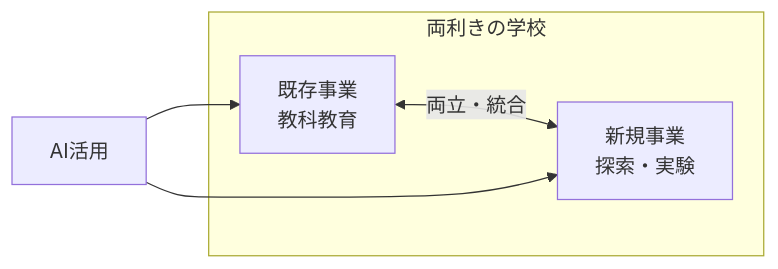
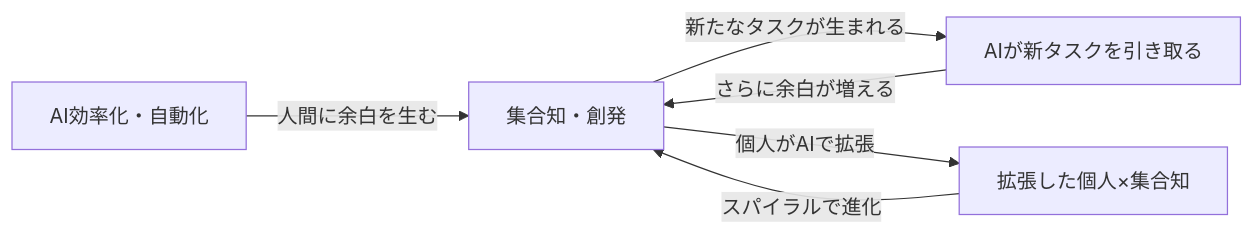
The second of 2 diagrams in 第3回_かえつ有明AI研修.md (VOMOYA/kaetsu-ai-kenshu), drawn with Mermaid before and after one commit. The commit also changed other lines of this file, not shown here.

````diff
--- a/第3回_かえつ有明AI研修.md
+++ b/第3回_かえつ有明AI研修.md
@@ -78,10 +118,8 @@
 ```mermaid
 graph LR
-  subgraph 両利きの学校
-    A[既存事業<br/>教科教育]
-    B[新規事業<br/>探索・実験]
-  end
-  A <-->|両立・統合| B
-  C[AI活用] --> A
-  C --> B
+  A[AI効率化・自動化] -->|人間に余白を生む| B[集合知・創発]
+  B -->|新たなタスクが生まれる| C[AIが新タスクを引き取る]
+  C -->|さらに余白が増える| B
+  B -->|個人がAIで拡張| D[拡張した個人×集合知]
+  D -->|スパイラルで進化| B
 ```
````
